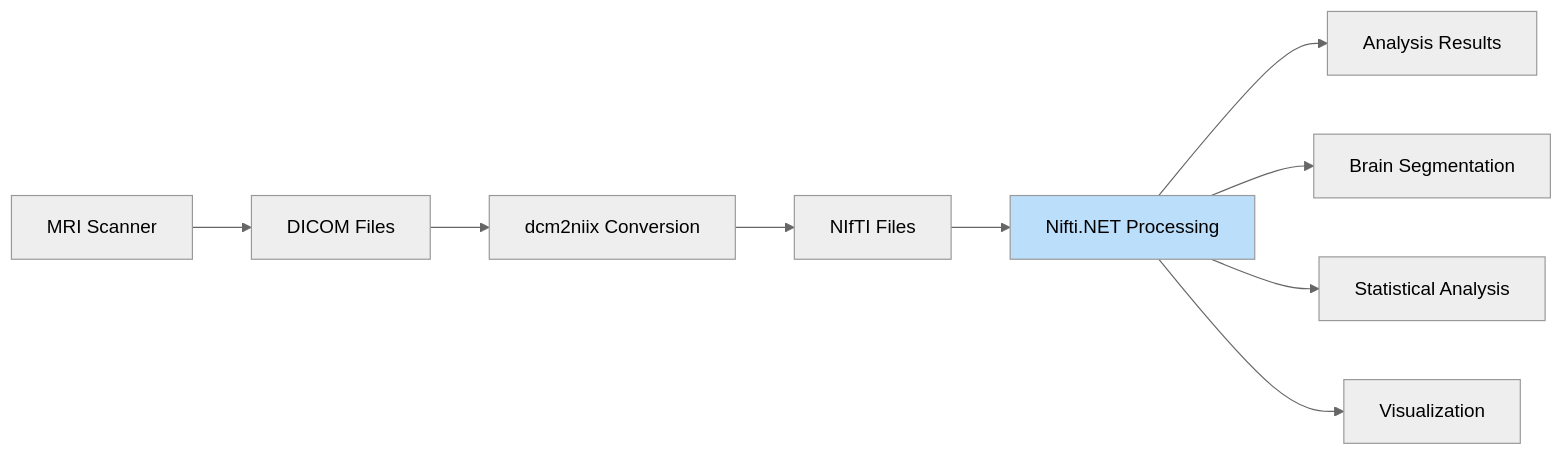
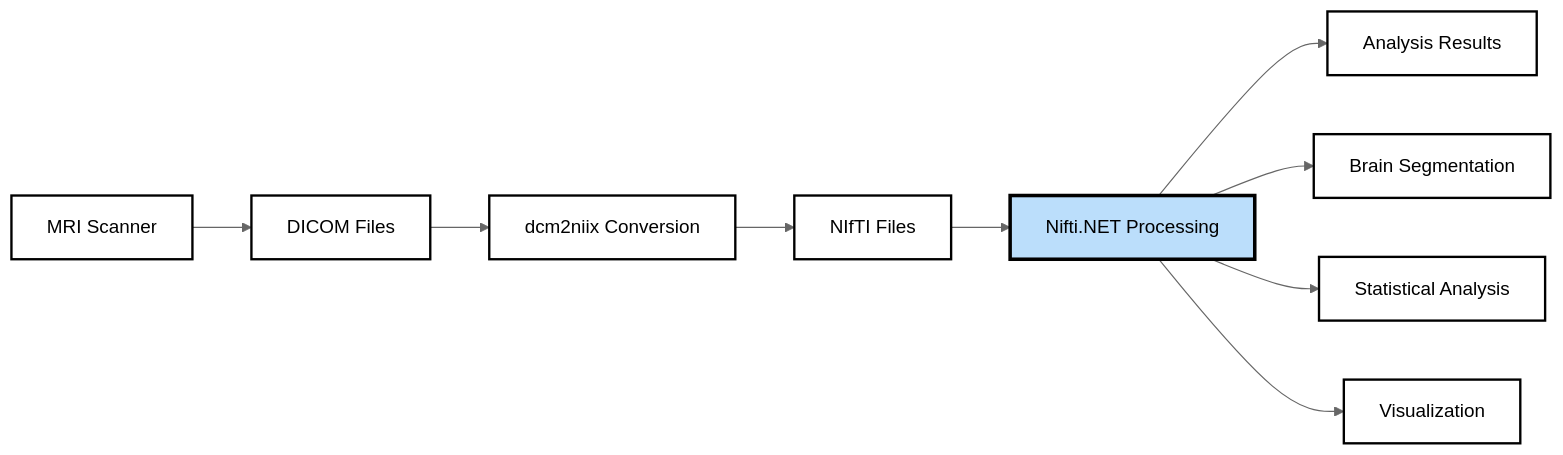
Before and after one commit to plwp/Nifti.NET: the third of 3 diagrams in README.md, drawn with Mermaid (neutral theme). The commit also changed other lines of this file, not shown here.

First line of the commit message:
docs: improve accessibility with high-contrast Mermaid diagrams

````diff
--- a/README.md
+++ b/README.md
@@ -201,14 +213,22 @@
 ```mermaid
 flowchart LR
     A[MRI Scanner] --> B[DICOM Files]
     B --> C[dcm2niix Conversion]
     C --> D[NIfTI Files]
     D --> E[Nifti.NET Processing]
     E --> F[Analysis Results]
     
     E --> G[Brain Segmentation]
     E --> H[Statistical Analysis]
     E --> I[Visualization]
     
-    style E fill:#bbdefb
+    style A fill:#ffffff,stroke:#000000,stroke-width:2px,color:#000000
+    style B fill:#ffffff,stroke:#000000,stroke-width:2px,color:#000000
+    style C fill:#ffffff,stroke:#000000,stroke-width:2px,color:#000000
+    style D fill:#ffffff,stroke:#000000,stroke-width:2px,color:#000000
+    style E fill:#bbdefb,stroke:#000000,stroke-width:3px,color:#000000
+    style F fill:#ffffff,stroke:#000000,stroke-width:2px,color:#000000
+    style G fill:#ffffff,stroke:#000000,stroke-width:2px,color:#000000
+    style H fill:#ffffff,stroke:#000000,stroke-width:2px,color:#000000
+    style I fill:#ffffff,stroke:#000000,stroke-width:2px,color:#000000
 ```
````
